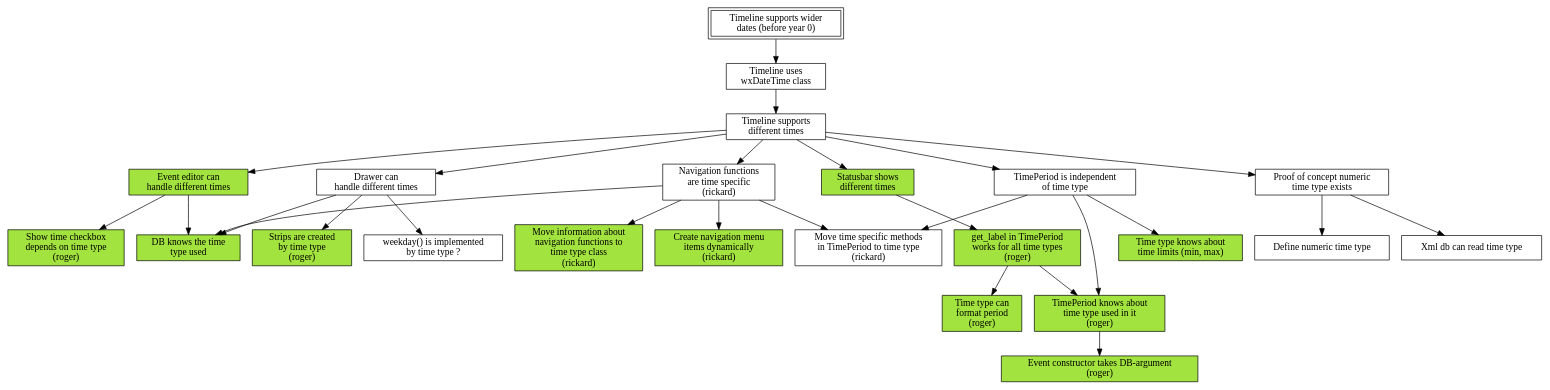
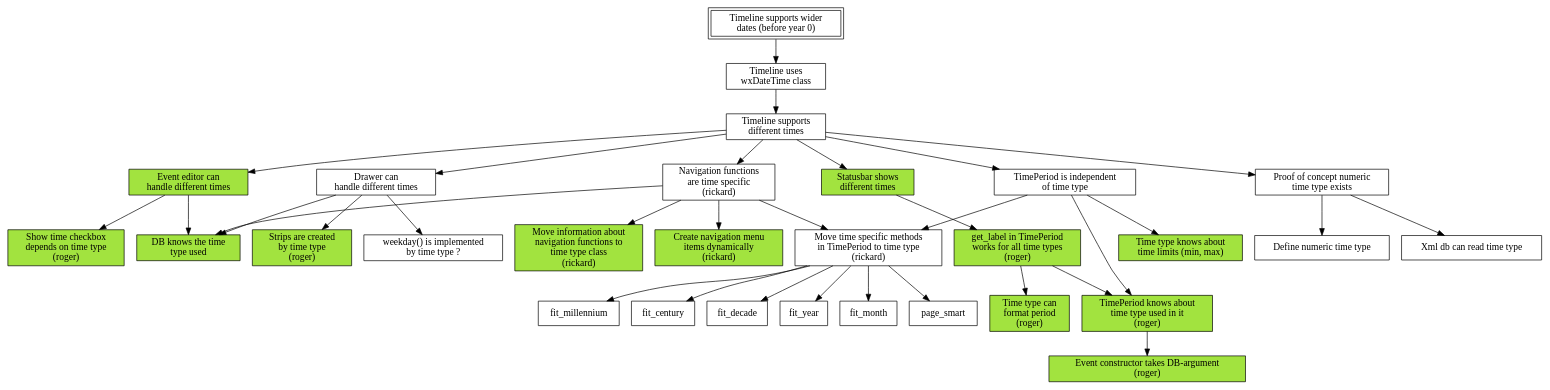
One commit to shutaozhenzhen/thetimelineproj changed the diagram in mikado.dot. Above: the diagram before and after it, drawn with Graphviz.

Commit message:
Add work to mikado graph.

```diff
--- a/mikado.dot
+++ b/mikado.dot
@@ -1,91 +1,97 @@
 digraph mikado
 {
     node [shape=box];
 
     wider_dates [label="Timeline supports wider\ndates (before year 0)"];
     wider_dates [peripheries=2];
         wider_dates -> switch_to_wx_time;
 
     switch_to_wx_time [label="Timeline uses\nwxDateTime class"];
         switch_to_wx_time -> different_time;
 
     different_time [label="Timeline supports\ndifferent times "];
         different_time -> event_editor;
         different_time -> drawer;
         different_time -> navigation;
         different_time -> status_bar;
         different_time -> time_period_independent;
         different_time -> numeric_time_type;
 
     numeric_time_type [label="Proof of concept numeric\ntime type exists"];
         numeric_time_type -> define_numeric_time_type;
         numeric_time_type -> db_reads_time_type;
 
     time_period_independent [label="TimePeriod is independent\nof time type"];
         time_period_independent -> time_period_knows_type;
         time_period_independent -> time_period;
         time_period_independent -> time_limits_in_time_type;
 
     event_editor [label="Event editor can\nhandle different times"];
     event_editor [style=filled,fillcolor="#A2E33F"];
         event_editor -> show_time;
         event_editor -> db_has_type_info;
 
     drawer [label="Drawer can\nhandle different times"];
         drawer -> db_has_type_info;
         drawer -> strips_in_time_type;
 	drawer -> weekday_in_time_type;
 	
     navigation [label="Navigation functions\nare time specific\n(rickard)"];
         navigation -> db_has_type_info;
         navigation -> move_nav_to_time_type;
         navigation -> create_menu_items_dynamically;
         navigation -> time_period;
 
+    time_period [label="Move time specific methods\nin TimePeriod to time type\n(rickard)"];
+        time_period -> fit_millennium;
+        time_period -> fit_century;
+        time_period -> fit_decade;
+        time_period -> fit_year;
+        time_period -> fit_month;
+        time_period -> page_smart;
+
     status_bar [label="Statusbar shows\ndifferent times"];
     status_bar [style=filled,fillcolor="#A2E33F"];
         status_bar -> get_label;
         get_label -> time_period_knows_type;
 
     get_label [label="get_label in TimePeriod\nworks for all time types\n(roger)"];
     get_label [style=filled,fillcolor="#A2E33F"];
         get_label -> type_format;
 
     time_period_knows_type [label="TimePeriod knows about\ntime type used in it\n(roger)"];
     time_period_knows_type [style=filled,fillcolor="#A2E33F"];
 	time_period_knows_type -> event_constructor;
 
     // Leaves
 
     define_numeric_time_type [label="Define numeric time type"];
 
     db_reads_time_type [label="Xml db can read time type"];
 
     show_time [label="Show time checkbox\ndepends on time type\n(roger)"];
     show_time [style=filled,fillcolor="#A2E33F"];
 
     db_has_type_info [label="DB knows the time\ntype used"];
     db_has_type_info [style=filled,fillcolor="#A2E33F"];
 
     move_nav_to_time_type [label="Move information about\nnavigation functions to\ntime type class\n(rickard)"];
     move_nav_to_time_type [style=filled,fillcolor="#A2E33F"];
 
     create_menu_items_dynamically [label="Create navigation menu\nitems dynamically\n(rickard)"];
     create_menu_items_dynamically [style=filled,fillcolor="#A2E33F"];
 
-    time_period [label="Move time specific methods\nin TimePeriod to time type\n(rickard)"];
-
     type_format [label="Time type can\nformat period\n(roger)"];
     type_format [style=filled,fillcolor="#A2E33F"];
     
     event_constructor [label="Event constructor takes DB-argument\n(roger)"];
     event_constructor [style=filled,fillcolor="#A2E33F"];
 
     strips_in_time_type [label="Strips are created\nby time type\n(roger)"];
     strips_in_time_type [style=filled,fillcolor="#A2E33F"];
 
     time_limits_in_time_type [label="Time type knows about\ntime limits (min, max)"];
     time_limits_in_time_type [style=filled,fillcolor="#A2E33F"];
     
     weekday_in_time_type [label="weekday() is implemented\nby time type ?"]
 }
```
